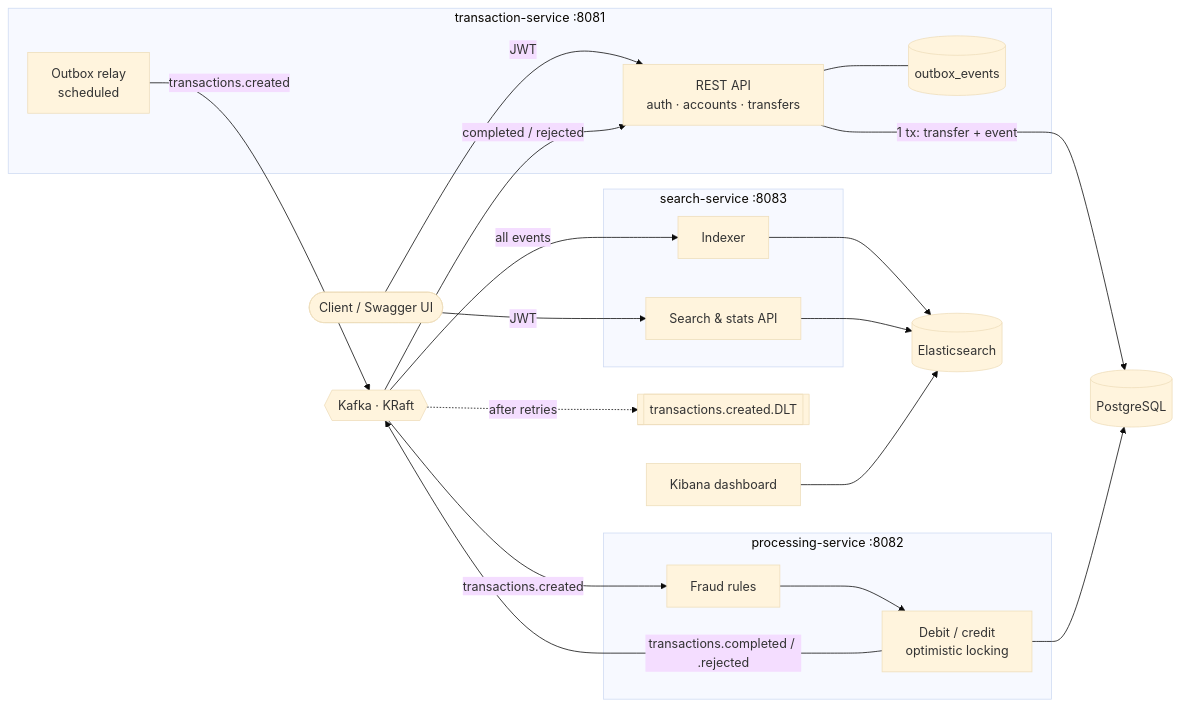
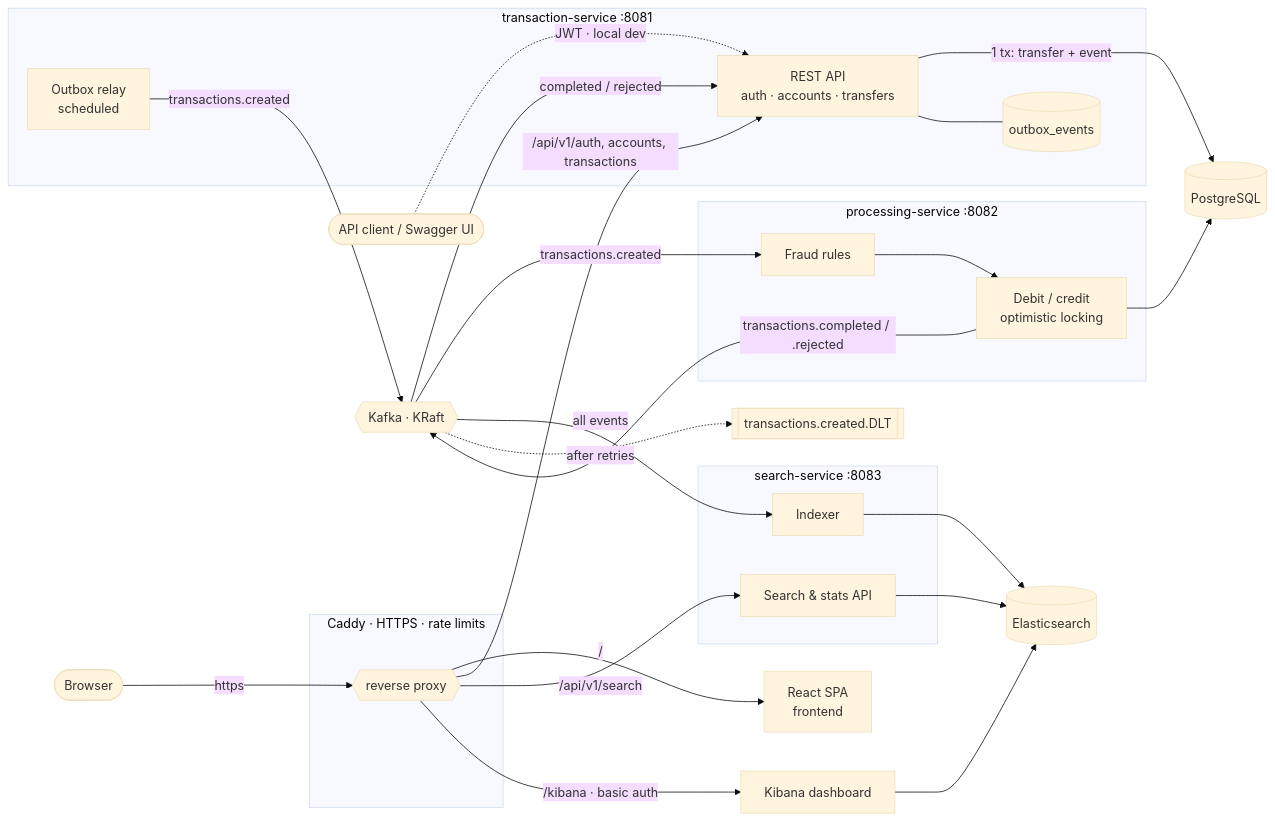
One commit to BabakBaylarli/bank-transaction-platform changed the first of 2 diagrams in README.md. Above: the diagram before and after it, drawn with Mermaid (base theme). The commit also changed other lines of this file and 1 other file, not shown here.

Commit message:
docs: add live demo, frontend and deployment sections to README

````diff
--- a/README.md
+++ b/README.md
@@ -37,37 +59,47 @@
 ```mermaid
 flowchart LR
-    client([Client / Swagger UI])
+    browser([Browser])
+    swagger([API client / Swagger UI])
+
+    subgraph EDGE[Caddy · HTTPS · rate limits]
+        caddy{{reverse proxy}}
+    end
+    frontend[React SPA<br/>frontend]
 
     subgraph TS[transaction-service :8081]
         api[REST API<br/>auth · accounts · transfers]
         outbox[(outbox_events)]
         relay[Outbox relay<br/>scheduled]
     end
 
     subgraph PS[processing-service :8082]
         fraud[Fraud rules]
         ledger[Debit / credit<br/>optimistic locking]
     end
 
     subgraph SS[search-service :8083]
         indexer[Indexer]
         search[Search &amp; stats API]
     end
 
     pg[(PostgreSQL)]
     es[(Elasticsearch)]
     kibana[Kibana dashboard]
 
-    client -->|JWT| api
-    client -->|JWT| search
+    browser -->|https| caddy
+    caddy -->|/| frontend
+    caddy -->|/api/v1/auth, accounts, transactions| api
+    caddy -->|/api/v1/search| search
+    caddy -->|/kibana · basic auth| kibana
+    swagger -.->|JWT · local dev| api
     api -->|1 tx: transfer + event| pg
     api --- outbox
     relay -->|transactions.created| kafka{{Kafka · KRaft}}
     kafka -->|transactions.created| fraud --> ledger --> pg
     ledger -->|transactions.completed / .rejected| kafka
     kafka -->|completed / rejected| api
     kafka -->|all events| indexer --> es
     search --> es
     kibana --> es
     kafka -.->|after retries| dlt[[transactions.created.DLT]]
 ```
````
